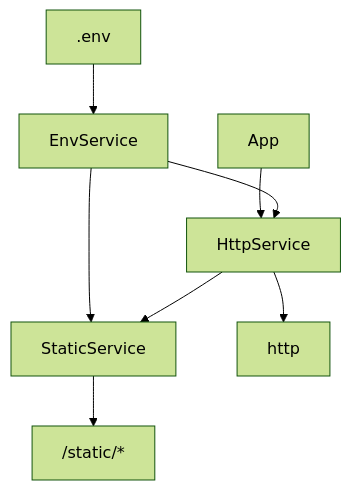
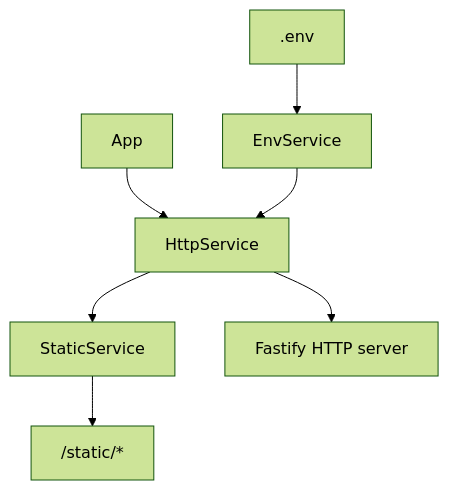
Before and after one commit to kannbaker/rpthree: the diagram in docs/server-arch.md, drawn with Mermaid (forest theme). The commit also changed 21 other files, not shown here.

````diff
--- a/docs/server-arch.md
+++ b/docs/server-arch.md
@@ -3,10 +3,9 @@
 ```mermaid
 flowchart TD
     EnvFile[".env"] --> EnvService["EnvService"]
     App["App"] --> HttpService["HttpService"]
     EnvService --> HttpService
-    EnvService --> StaticService["StaticService"]
-    HttpService --> StaticService
-    HttpService --> HttpOutput["http"]
+    HttpService --> StaticService["StaticService"]
+    HttpService --> HttpOutput["Fastify HTTP server"]
     StaticService --> StaticDir["/static/*"]
 ```
````
